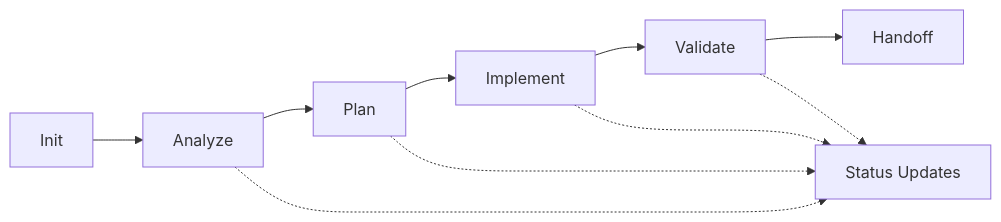
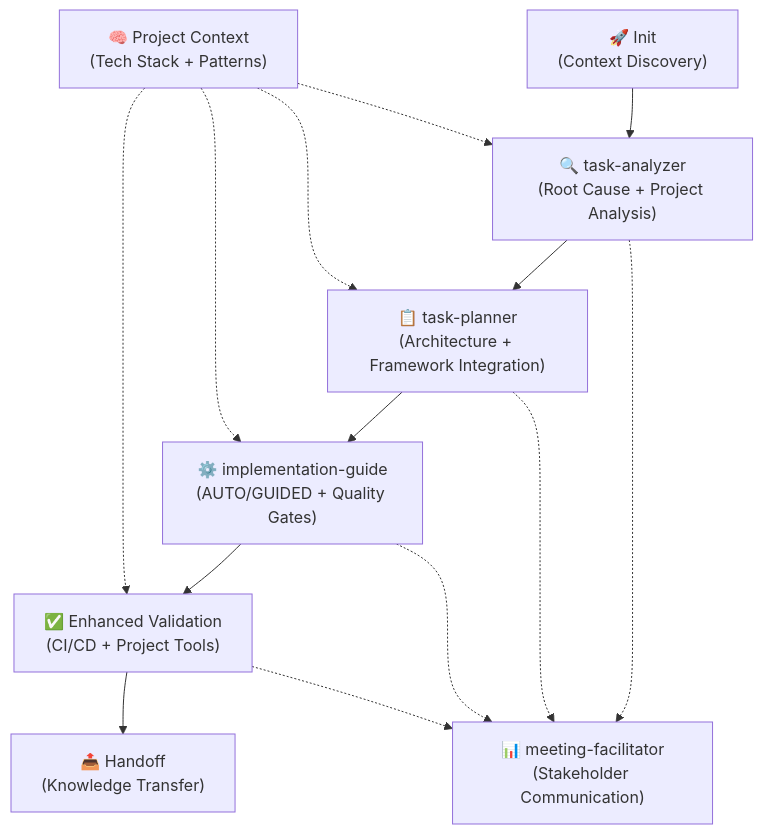
Before and after one commit to vik407/claude-tasks-workflow: the diagram in README.md, drawn with Mermaid. The commit also changed other lines of this file and 27 other files, not shown here.

````diff
--- a/README.md
+++ b/README.md
@@ -85,13 +115,18 @@
 ```mermaid
-graph LR
-    A[Init] --> B[Analyze]
-    B --> C[Plan]
-    C --> D[Implement]
-    D --> E[Validate]
-    E --> F[Handoff]
-    
-    B -.-> G[Status Updates]
+graph TB
+    A["🚀 Init<br/>(Context Discovery)"] --> B["🔍 task-analyzer<br/>(Root Cause + Project Analysis)"]
+    B --> C["📋 task-planner<br/>(Architecture + Framework Integration)"]
+    C --> D["⚙️ implementation-guide<br/>(AUTO/GUIDED + Quality Gates)"]
+    D --> E["✅ Enhanced Validation<br/>(CI/CD + Project Tools)"]
+    E --> F["📤 Handoff<br/>(Knowledge Transfer)"]
+
+    B -.-> G["📊 meeting-facilitator<br/>(Stakeholder Communication)"]
     C -.-> G
     D -.-> G
     E -.-> G
+
+    H["🧠 Project Context<br/>(Tech Stack + Patterns)"] -.-> B
+    H -.-> C
+    H -.-> D
+    H -.-> E
 ```
````
